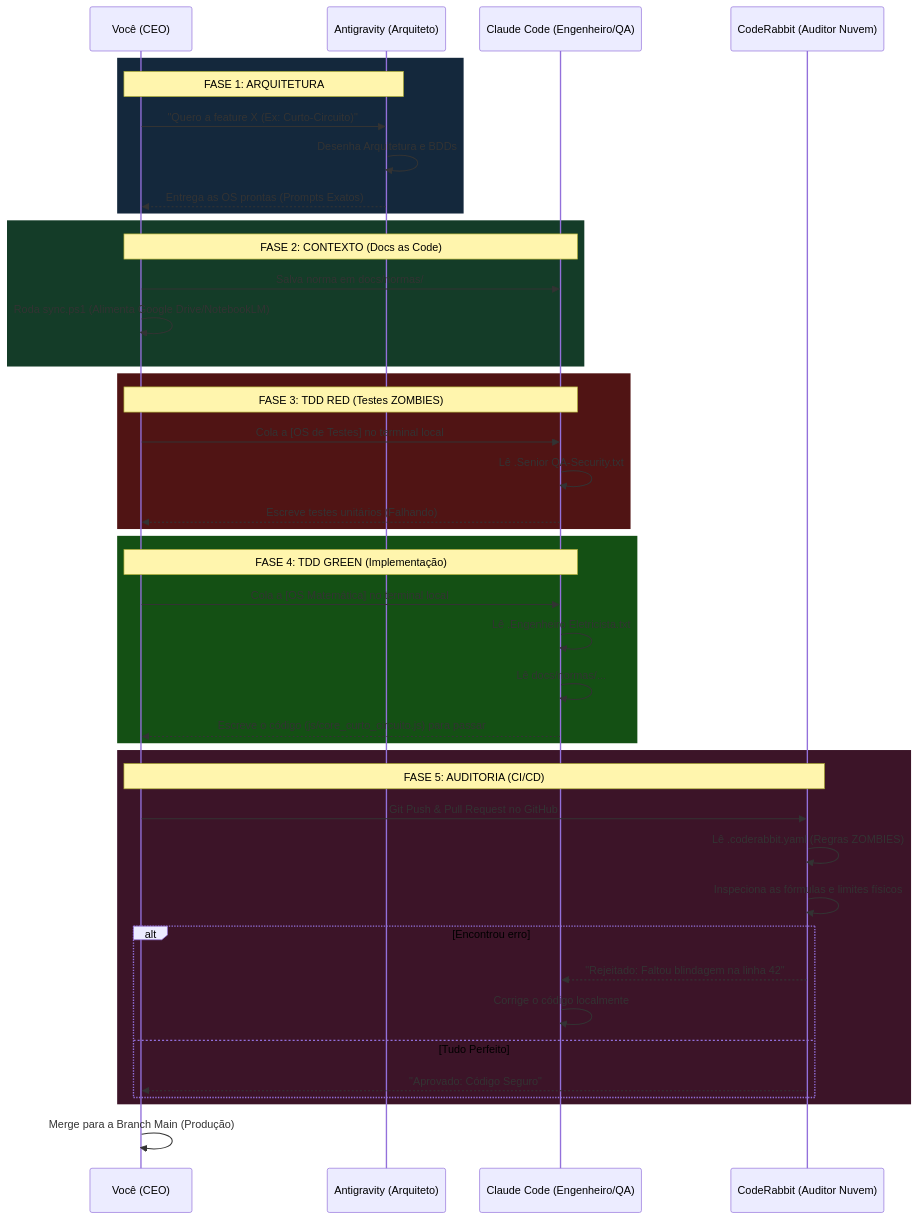
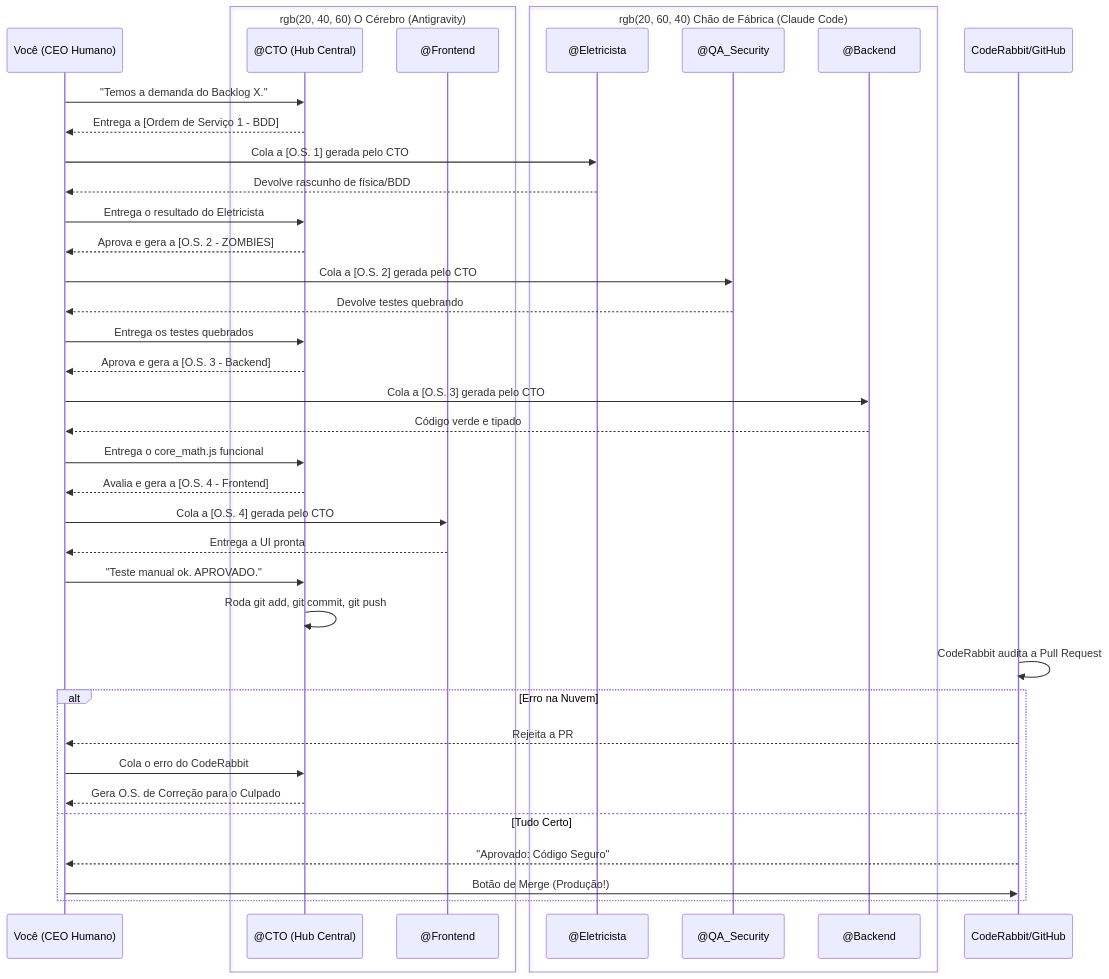
One commit to ThiagoKenoblauFritsche/AmpAI changed the diagram in docs/AmpAI_OS_Workflow.md. Above: the diagram before and after it, drawn with Mermaid. The commit also changed other lines of this file and 29 other files, not shown here.

Commit message:
chore: Consolidate AmpAI Governance v7.0, Hub-and-Spoke model, and NotebookLM sync integration

````diff
--- a/docs/AmpAI_OS_Workflow.md
+++ b/docs/AmpAI_OS_Workflow.md
@@ -5,56 +5,55 @@
 ```mermaid
 sequenceDiagram
-    participant CEO as Você (CEO)
-    participant CTO as Antigravity (Arquiteto)
-    participant Claude as Claude Code (Engenheiro/QA)
-    participant CodeRabbit as CodeRabbit (Auditor Nuvem)
+    participant CEO as Você (CEO Humano)
+    box rgb(20, 40, 60) O Cérebro (Antigravity)
+        participant CTO as @CTO (Hub Central)
+        participant Frontend as @Frontend
+    end
+    box rgb(20, 60, 40) Chão de Fábrica (Claude Code)
+        participant Cientista as @Eletricista
+        participant QA as @QA_Security
+        participant Backend as @Backend
+    end
+    participant Nuvem as CodeRabbit/GitHub
     
-    %% Fase 1: Planejamento
-    rect rgb(20, 40, 60)
-        Note over CEO, CTO: FASE 1: ARQUITETURA
-        CEO->>CTO: "Quero a feature X (Ex: Curto-Circuito)"
-        CTO->>CTO: Desenha Arquitetura e BDDs
-        CTO-->>CEO: Entrega as OS prontas (Prompts Exatos)
+    %% Inicialização
+    CEO->>CTO: "Temos a demanda do Backlog X."
+    CTO-->>CEO: Entrega a [Ordem de Serviço 1 - BDD]
+    
+    %% Fase 3: Ciência
+    CEO->>Cientista: Cola a [O.S. 1] gerada pelo CTO
+    Cientista-->>CEO: Devolve rascunho de física/BDD
+    CEO->>CTO: Entrega o resultado do Eletricista
+    CTO-->>CEO: Aprova e gera a [O.S. 2 - ZOMBIES]
+    
+    %% Fase 4: QA (TDD Red)
+    CEO->>QA: Cola a [O.S. 2] gerada pelo CTO
+    QA-->>CEO: Devolve testes quebrando
+    CEO->>CTO: Entrega os testes quebrados
+    CTO-->>CEO: Aprova e gera a [O.S. 3 - Backend]
+    
+    %% Fase 5: Backend (TDD Green)
+    CEO->>Backend: Cola a [O.S. 3] gerada pelo CTO
+    Backend-->>CEO: Código verde e tipado
+    CEO->>CTO: Entrega o core_math.js funcional
+    CTO-->>CEO: Avalia e gera a [O.S. 4 - Frontend]
+    
+    %% Fase 6: Frontend
+    CEO->>Frontend: Cola a [O.S. 4] gerada pelo CTO
+    Frontend-->>CEO: Entrega a UI pronta
+    
+    %% Fase 7: O Commit do CTO
+    CEO->>CTO: "Teste manual ok. APROVADO."
+    CTO->>CTO: Roda git add, git commit, git push
+    
+    %% Fase 8: A Muralha da Nuvem
+    Nuvem->>Nuvem: CodeRabbit audita a Pull Request
+    alt Erro na Nuvem
+        Nuvem-->>CEO: Rejeita a PR
+        CEO->>CTO: Cola o erro do CodeRabbit
+        CTO-->>CEO: Gera O.S. de Correção para o Culpado
+    else Tudo Certo
+        Nuvem-->>CEO: "Aprovado: Código Seguro"
+        CEO->>Nuvem: Botão de Merge (Produção!)
     end
-    
-    %% Fase 2: RAG e Ingestão
-    rect rgb(20, 60, 40)
-        Note over CEO, Claude: FASE 2: CONTEXTO (Docs as Code)
-        CEO->>Claude: Salva norma em docs/normas/
-        CEO->>CEO: Roda sync.ps1 (Alimenta Google Drive/NotebookLM)
-    end
-    
-    %% Fase 3: TDD Fase Red (Testes)
-    rect rgb(80, 20, 20)
-        Note over CEO, Claude: FASE 3: TDD RED (Testes ZOMBIES)
-        CEO->>Claude: Cola a [OS de Testes] no terminal local
-        Claude->>Claude: Lê .Senior QA-Security.txt
-        Claude-->>CEO: Escreve testes unitários (Falhando)
-    end
-
-    %% Fase 4: TDD Fase Green (Matemática)
-    rect rgb(20, 80, 20)
-        Note over CEO, Claude: FASE 4: TDD GREEN (Implementação)
-        CEO->>Claude: Cola a [OS Matemática] no terminal local
-        Claude->>Claude: Lê .Engenheiro Eletricista.txt
-        Claude->>Claude: Lê docs/normas/...
-        Claude-->>CEO: Escreve o código (js/core_curto_circuito.js) para passar
-    end
-    
-    %% Fase 5: Auditoria em Nuvem
-    rect rgb(60, 20, 40)
-        Note over CEO, CodeRabbit: FASE 5: AUDITORIA (CI/CD)
-        CEO->>CodeRabbit: Git Push & Pull Request no GitHub
-        CodeRabbit->>CodeRabbit: Lê .coderabbit.yaml (Regras ZOMBIES)
-        CodeRabbit->>CodeRabbit: Inspeciona as fórmulas e limites físicos
-        alt Encontrou erro
-            CodeRabbit-->>Claude: "Rejeitado: Faltou blindagem na linha 42"
-            Claude->>Claude: Corrige o código localmente
-        else Tudo Perfeito
-            CodeRabbit-->>CEO: "Aprovado: Código Seguro"
-        end
-    end
-    
-    %% Fase 6: Entrega
-    CEO->>CEO: Merge para a Branch Main (Produção)
 ```
````
